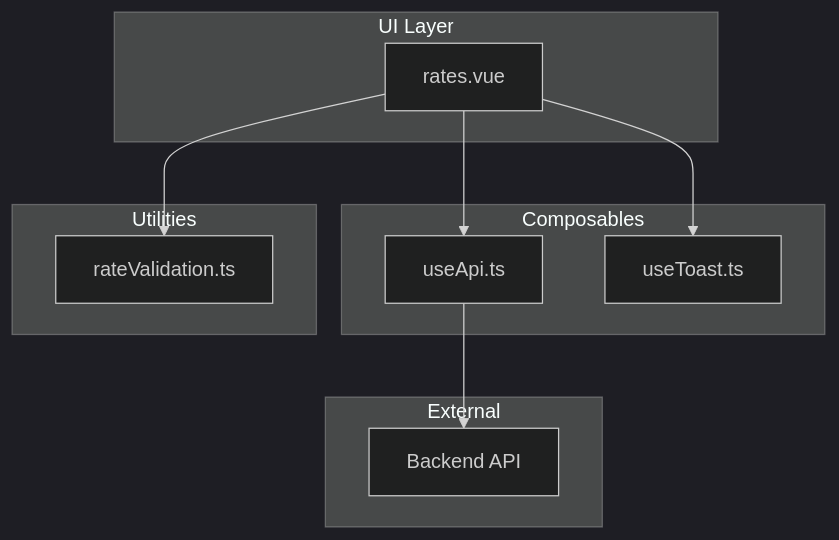
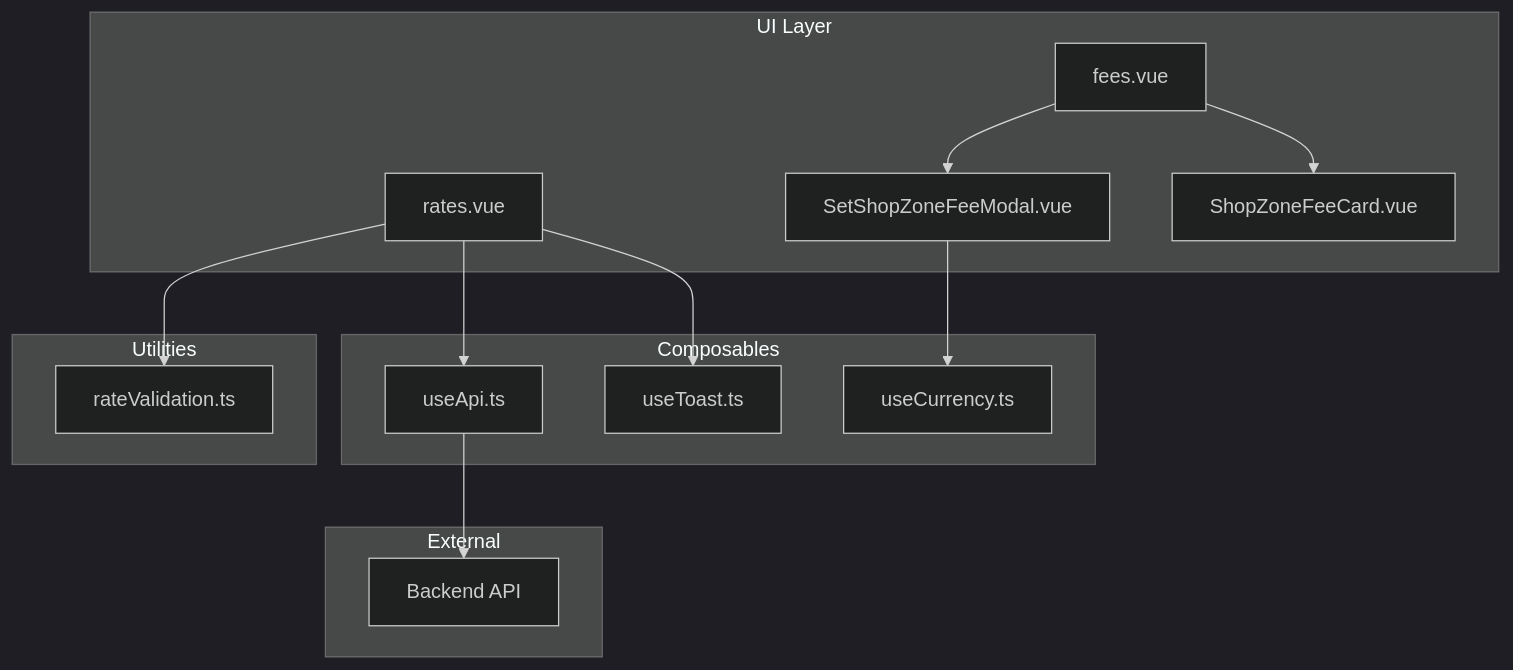
The first of 5 diagrams in .qoder/repowiki/en/content/Business Modules/Billing & Subscriptions/Rate Management System.md (Lazynerd-Studios/lacarte-atlas-console), drawn with Mermaid (dark theme) before and after one commit. The commit also changed other lines of this file and 32 other files, not shown here.

````diff
--- a/.qoder/repowiki/en/content/Business Modules/Billing & Subscriptions/Rate Management System.md
+++ b/.qoder/repowiki/en/content/Business Modules/Billing & Subscriptions/Rate Management System.md
@@ -58,20 +65,27 @@
 ```mermaid
 graph TB
 subgraph "UI Layer"
 RatesPage["rates.vue"]
+FeesPage["fees.vue"]
+ShopFeeModal["SetShopZoneFeeModal.vue"]
+ShopFeeCard["ShopZoneFeeCard.vue"]
 end
 subgraph "Composables"
 UseApi["useApi.ts"]
 UseToast["useToast.ts"]
+UseCurrency["useCurrency.ts"]
 end
 subgraph "Utilities"
 RateValidation["rateValidation.ts"]
 end
 subgraph "External"
 Backend["Backend API"]
 end
 RatesPage --> UseApi
 RatesPage --> UseToast
 RatesPage --> RateValidation
+FeesPage --> ShopFeeModal
+FeesPage --> ShopFeeCard
+ShopFeeModal --> UseCurrency
 UseApi --> Backend
 ```
````
